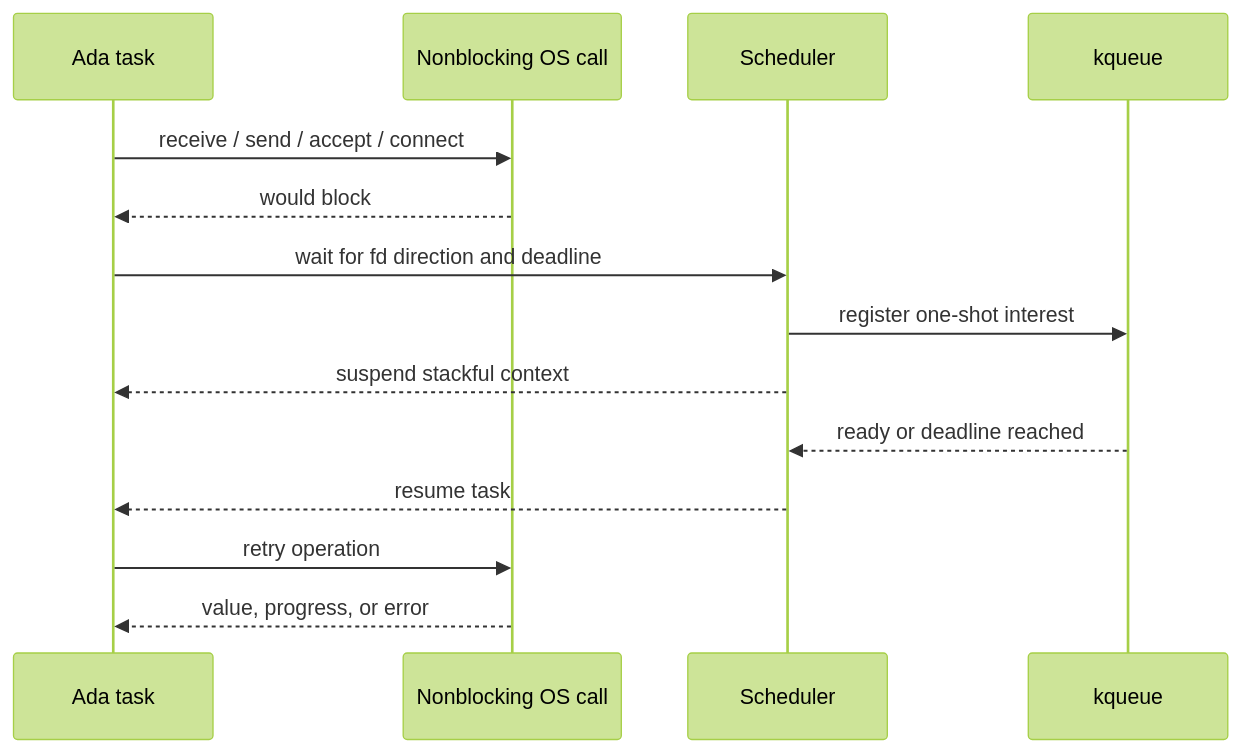
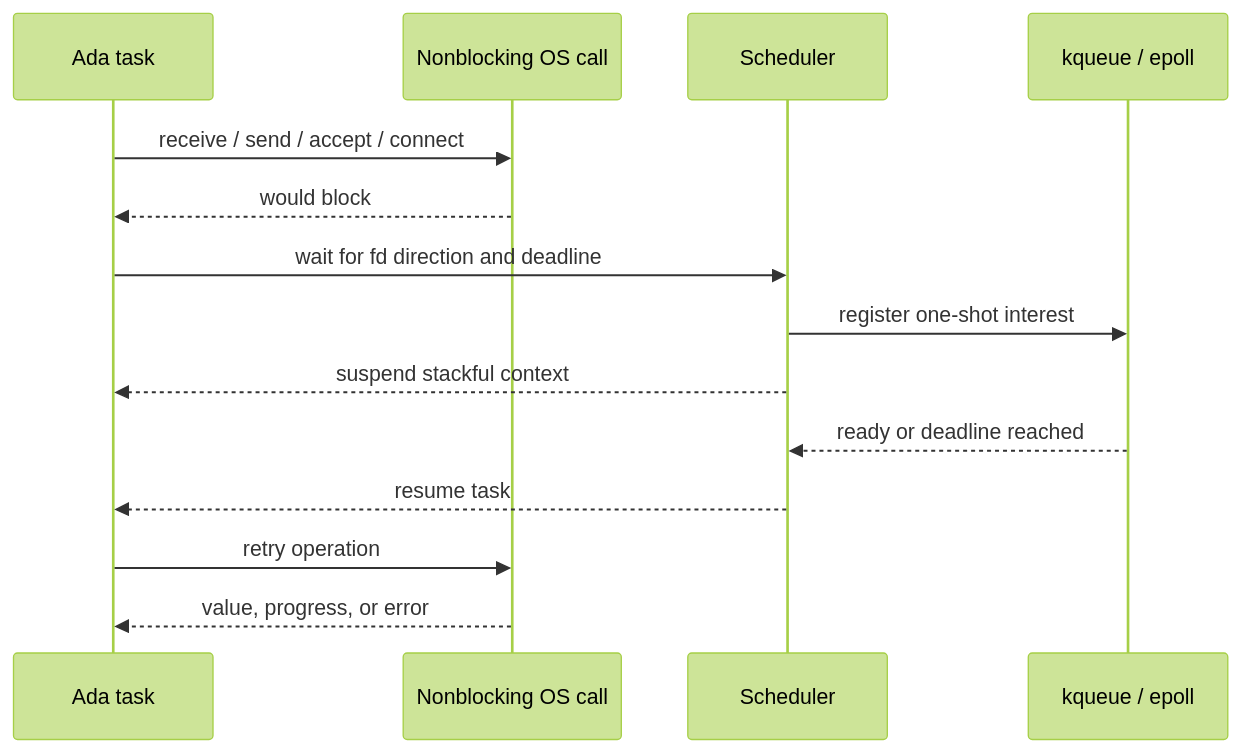
Before and after one commit to flyology-ada/flyology: the third of 3 diagrams in README.md, drawn with Mermaid (forest theme). The commit also changed other lines of this file and 20 other files, not shown here.

````diff
--- a/README.md
+++ b/README.md
@@ -209,17 +214,17 @@
 ```mermaid
 sequenceDiagram
     participant T as Ada task
     participant O as Nonblocking OS call
     participant S as Scheduler
-    participant K as kqueue
+    participant K as kqueue / epoll
 
     T->>O: receive / send / accept / connect
     O-->>T: would block
     T->>S: wait for fd direction and deadline
     S->>K: register one-shot interest
     S-->>T: suspend stackful context
     K-->>S: ready or deadline reached
     S-->>T: resume task
     T->>O: retry operation
     O-->>T: value, progress, or error
 ```
````
